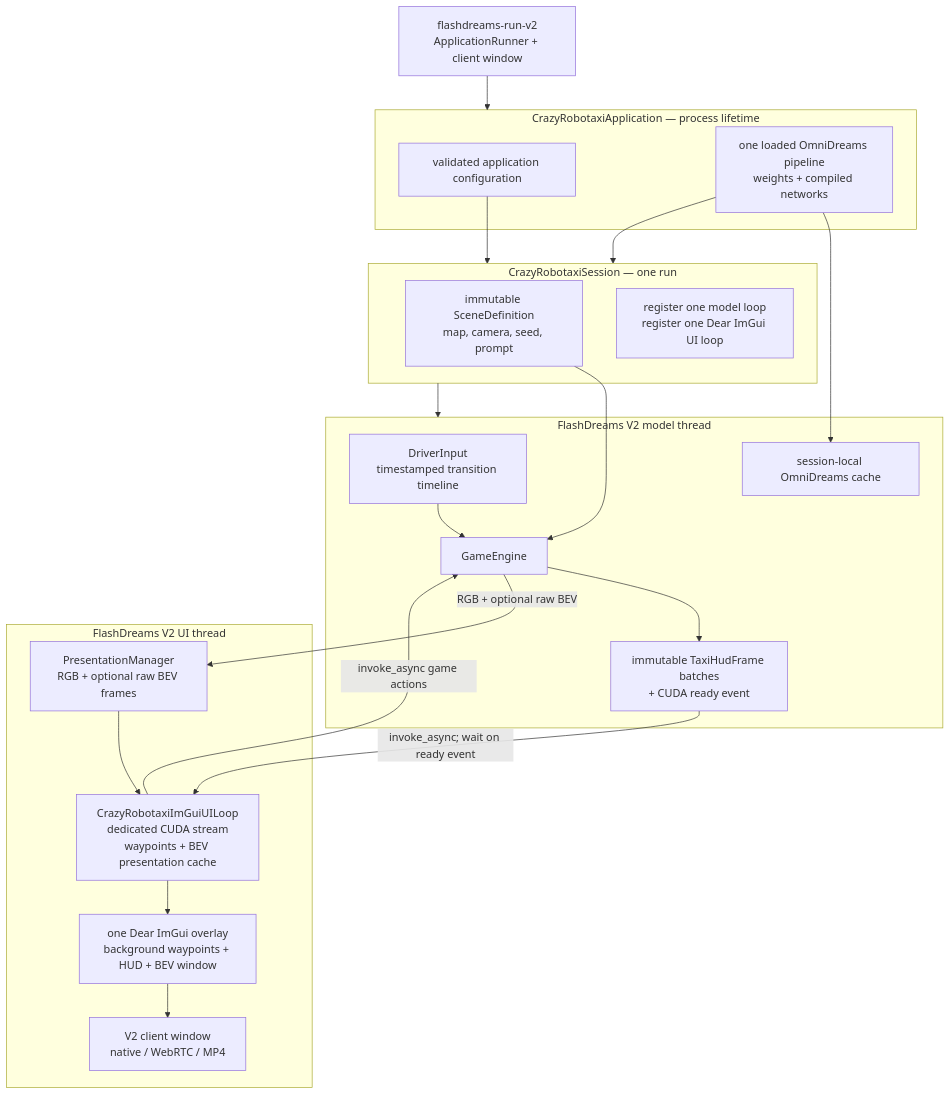
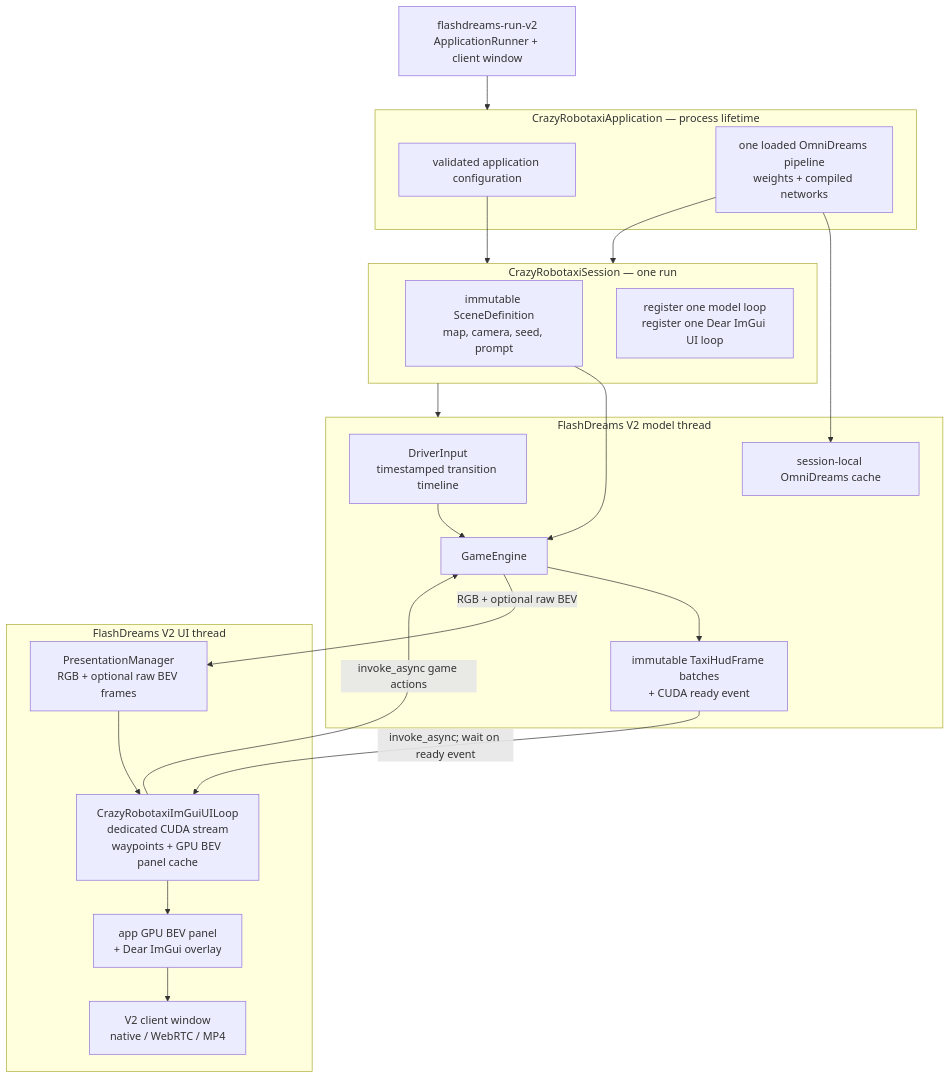
Before and after one commit to NVIDIA/flashdreams: the first of 6 diagrams in docs/design/crazy_robotaxi_v2_architecture.md, drawn with Mermaid. The commit also changed other lines of this file and 3 other files, not shown here.

Commit message:
Keep Crazy Robotaxi BEV GPU-resident app-side

````diff
--- a/docs/design/crazy_robotaxi_v2_architecture.md
+++ b/docs/design/crazy_robotaxi_v2_architecture.md
@@ -30,41 +30,41 @@
 ```mermaid
 flowchart TD
     HOST["flashdreams-run-v2<br/>ApplicationRunner + client window"]
 
     subgraph APP["CrazyRobotaxiApplication — process lifetime"]
         ARGS["validated application configuration"]
         PIPELINE["one loaded OmniDreams pipeline<br/>weights + compiled networks"]
     end
 
     subgraph SESSION["CrazyRobotaxiSession — one run"]
         SCENE["immutable SceneDefinition<br/>map, camera, seed, prompt"]
         REG["register one model loop<br/>register one Dear ImGui UI loop"]
     end
 
     subgraph MODELTHREAD["FlashDreams V2 model thread"]
         INPUT["DriverInput<br/>timestamped transition timeline"]
         ENGINE["GameEngine"]
         CACHE["session-local OmniDreams cache"]
         HUDSTATE["immutable TaxiHudFrame batches<br/>+ CUDA ready event"]
     end
 
     subgraph UITHREAD["FlashDreams V2 UI thread"]
         BUFFER["PresentationManager<br/>RGB + optional raw BEV frames"]
-        HUD["CrazyRobotaxiImGuiUILoop<br/>dedicated CUDA stream<br/>waypoints + BEV presentation cache"]
-        COMPOSE["one Dear ImGui overlay<br/>background waypoints + HUD + BEV window"]
+        HUD["CrazyRobotaxiImGuiUILoop<br/>dedicated CUDA stream<br/>waypoints + GPU BEV panel cache"]
+        COMPOSE["app GPU BEV panel<br/>+ Dear ImGui overlay"]
         WINDOW["V2 client window<br/>native / WebRTC / MP4"]
     end
 
     HOST --> APP
     ARGS --> SESSION
     PIPELINE --> SESSION
     SESSION --> MODELTHREAD
     SCENE --> ENGINE
     PIPELINE --> CACHE
     INPUT --> ENGINE
     ENGINE --> HUDSTATE
     ENGINE -->|"RGB + optional raw BEV"| BUFFER
     HUDSTATE -->|"invoke_async; wait on ready event"| HUD
     HUD -->|"invoke_async game actions"| ENGINE
     BUFFER --> HUD --> COMPOSE --> WINDOW
 ```
````
